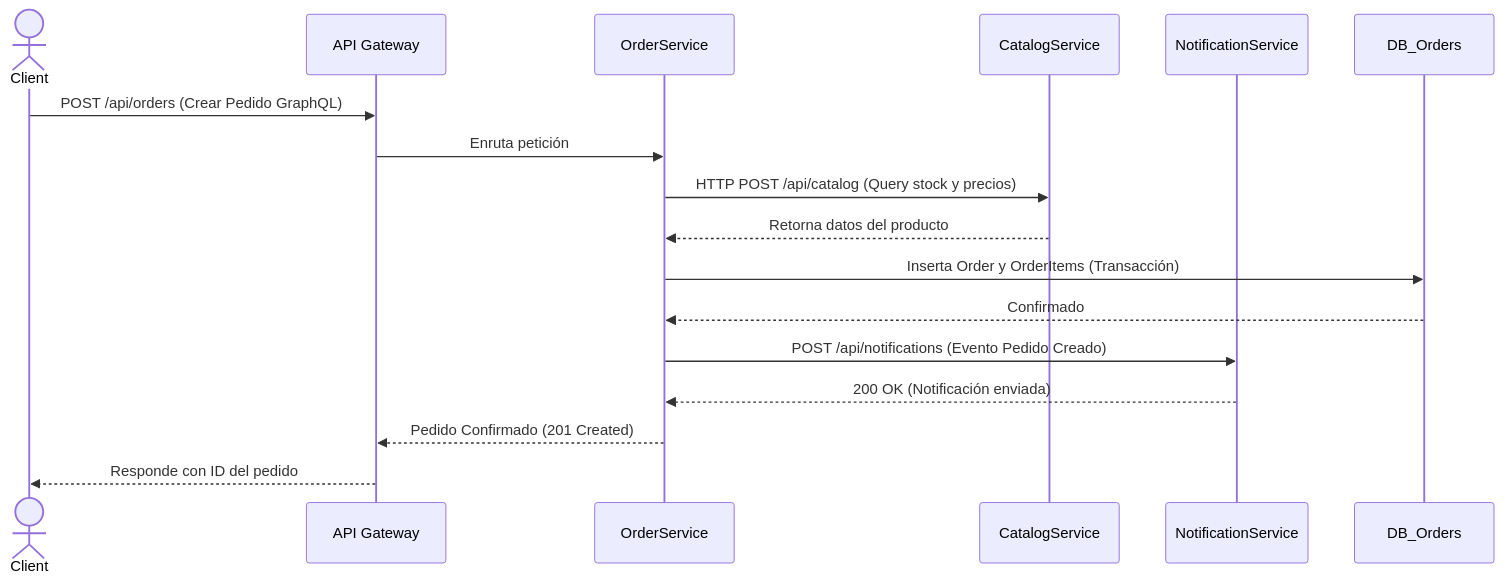
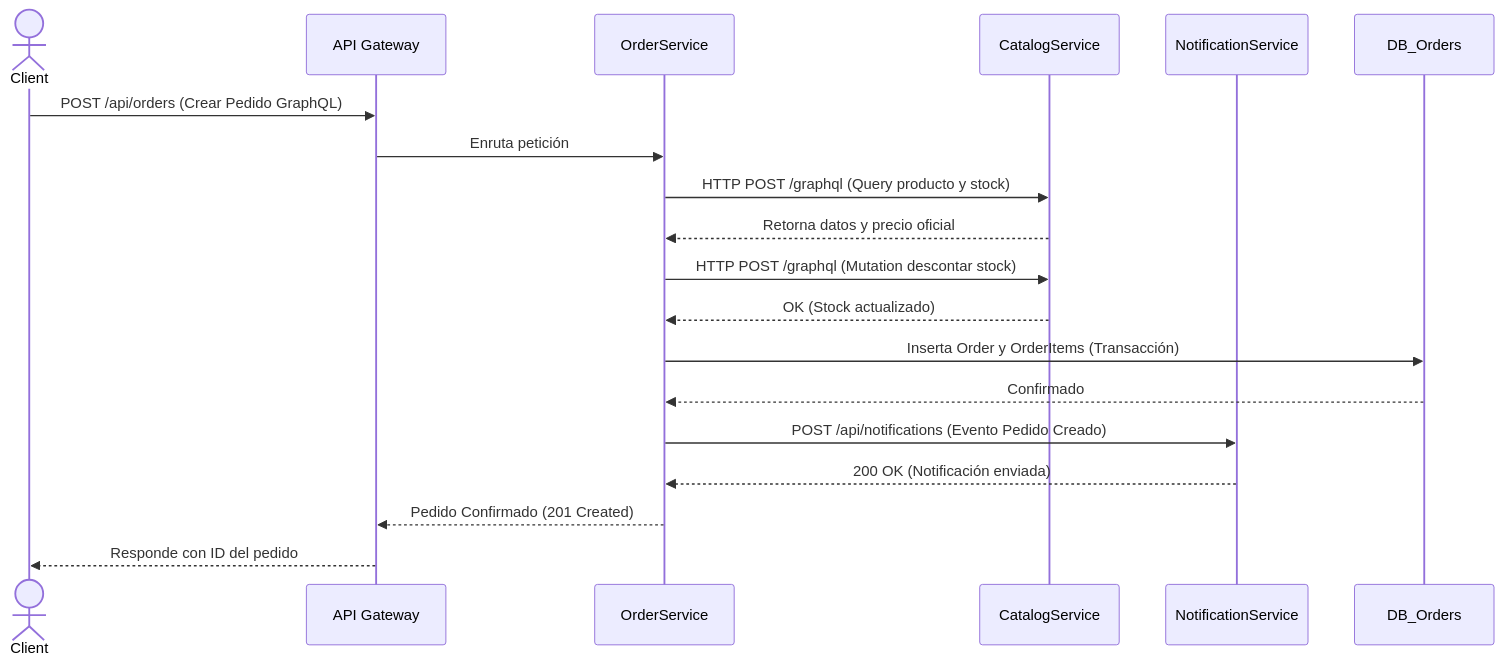
The diagram in P4/docs/diagramas/secuencia.md (ELFBIBv/Practicas-SA-B-202203856), drawn with Mermaid before and after one commit. The commit also changed 5 other files, not shown here.

Commit message:
fix: se corrigio para que las cantidades tuvieran consistencias (los microservicios se comunicaran) tambien se ajustaron los diagramas

````diff
--- a/P4/docs/diagramas/secuencia.md
+++ b/P4/docs/diagramas/secuencia.md
@@ -5,27 +5,31 @@
 ```mermaid
 sequenceDiagram
     actor Client
     participant API Gateway
     participant OrderService
     participant CatalogService
     participant NotificationService
     participant DB_Orders
     
     Client->>API Gateway: POST /api/orders (Crear Pedido GraphQL)
     API Gateway->>OrderService: Enruta petición
     
-    %% Valida productos
-    OrderService->>CatalogService: HTTP POST /api/catalog (Query stock y precios)
-    CatalogService-->>OrderService: Retorna datos del producto
+    %% Valida productos y obtiene precio oficial
+    OrderService->>CatalogService: HTTP POST /graphql (Query producto y stock)
+    CatalogService-->>OrderService: Retorna datos y precio oficial
+
+    %% Descuenta stock
+    OrderService->>CatalogService: HTTP POST /graphql (Mutation descontar stock)
+    CatalogService-->>OrderService: OK (Stock actualizado)
     
     %% Guarda en BD
     OrderService->>DB_Orders: Inserta Order y OrderItems (Transacción)
     DB_Orders-->>OrderService: Confirmado
     
     %% Notifica
     OrderService->>NotificationService: POST /api/notifications (Evento Pedido Creado)
     NotificationService-->>OrderService: 200 OK (Notificación enviada)
     
     OrderService-->>API Gateway: Pedido Confirmado (201 Created)
     API Gateway-->>Client: Responde con ID del pedido
 ```
````
